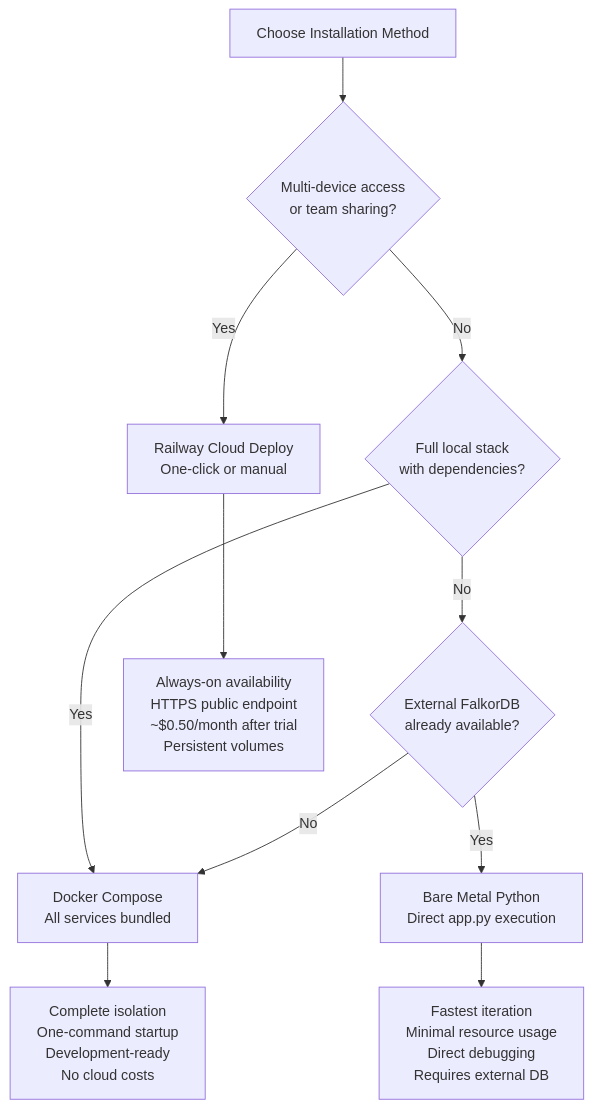
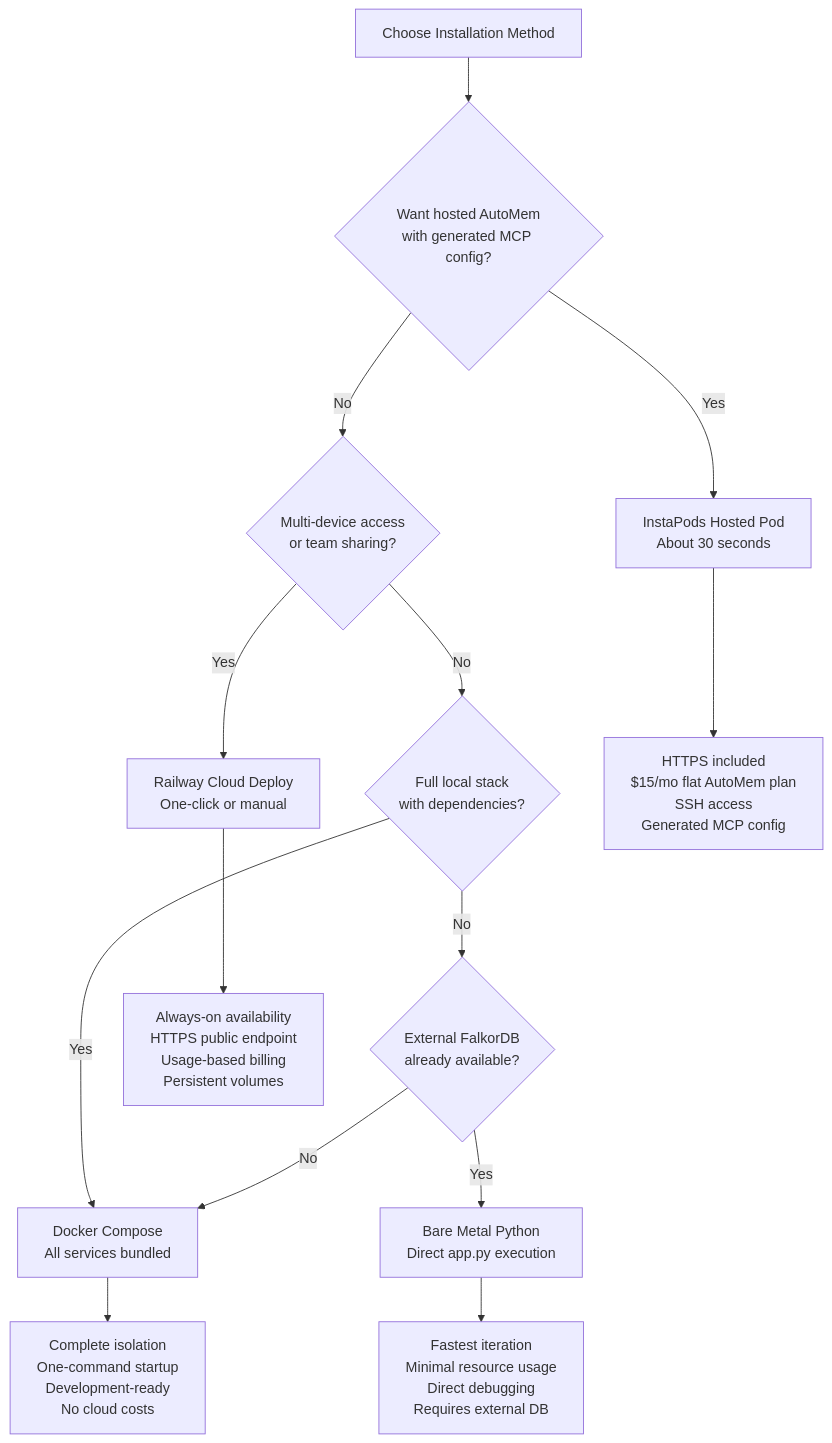
Before and after one commit to verygoodplugins/automem-website: the first of 5 diagrams in src/content/docs/docs/getting-started/quick-start.md, drawn with Mermaid. The commit also changed other lines of this file and 9 other files, not shown here.

````diff
--- a/src/content/docs/docs/getting-started/quick-start.md
+++ b/src/content/docs/docs/getting-started/quick-start.md
@@ -16,18 +16,22 @@
 ```mermaid
 graph TB
     Start["Choose Installation Method"]
 
-    Start --> Q1{"Multi-device access<br/>or team sharing?"}
+    Start --> Q0{"Want hosted AutoMem<br/>with generated MCP config?"}
+    Q0 -->|Yes| InstaPods["InstaPods Hosted Pod<br/>About 30 seconds"]
+    Q0 -->|No| Q1{"Multi-device access<br/>or team sharing?"}
+
     Q1 -->|Yes| Railway["Railway Cloud Deploy<br/>One-click or manual"]
     Q1 -->|No| Q2{"Full local stack<br/>with dependencies?"}
 
     Q2 -->|Yes| Docker["Docker Compose<br/>All services bundled"]
     Q2 -->|No| Q3{"External FalkorDB<br/>already available?"}
 
     Q3 -->|Yes| Bare["Bare Metal Python<br/>Direct app.py execution"]
     Q3 -->|No| Docker
 
-    Railway --> RNote["Always-on availability<br/>HTTPS public endpoint<br/>~$0.50/month after trial<br/>Persistent volumes"]
+    InstaPods --> INote["HTTPS included<br/>$15/mo flat AutoMem plan<br/>SSH access<br/>Generated MCP config"]
+    Railway --> RNote["Always-on availability<br/>HTTPS public endpoint<br/>Usage-based billing<br/>Persistent volumes"]
     Docker --> DNote["Complete isolation<br/>One-command startup<br/>Development-ready<br/>No cloud costs"]
     Bare --> BNote["Fastest iteration<br/>Minimal resource usage<br/>Direct debugging<br/>Requires external DB"]
 ```
````
